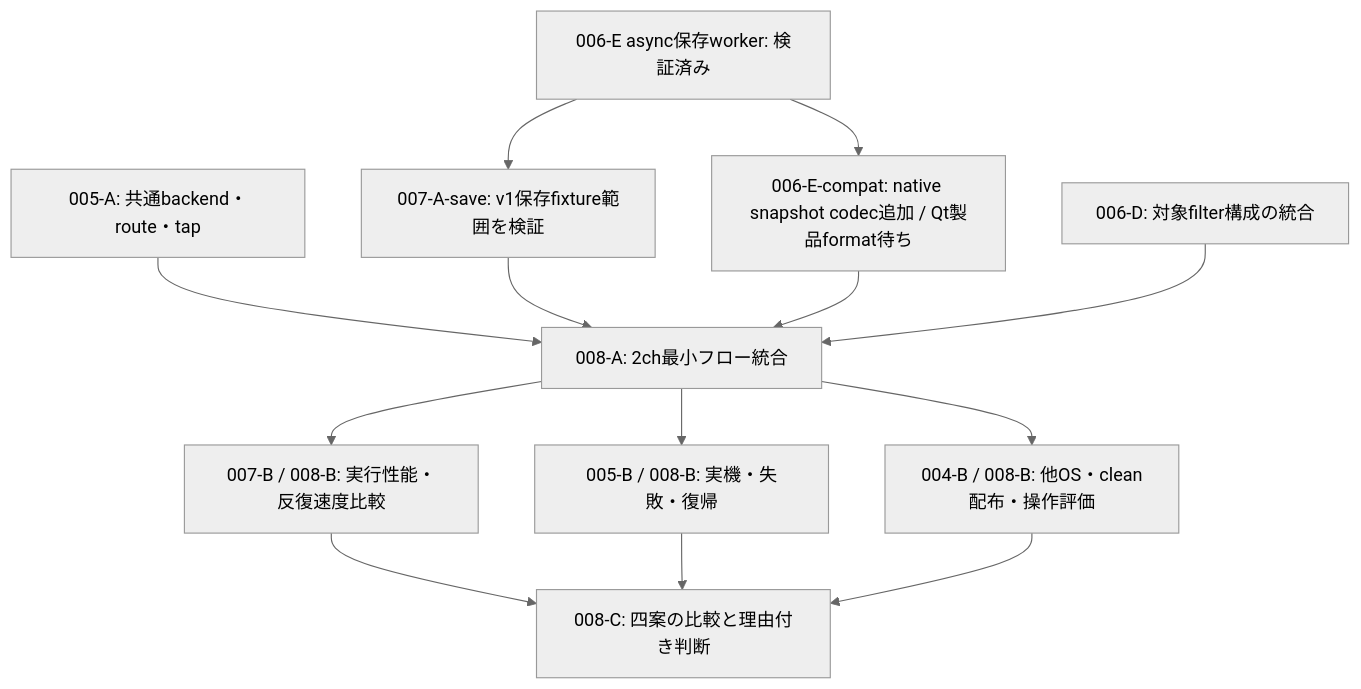
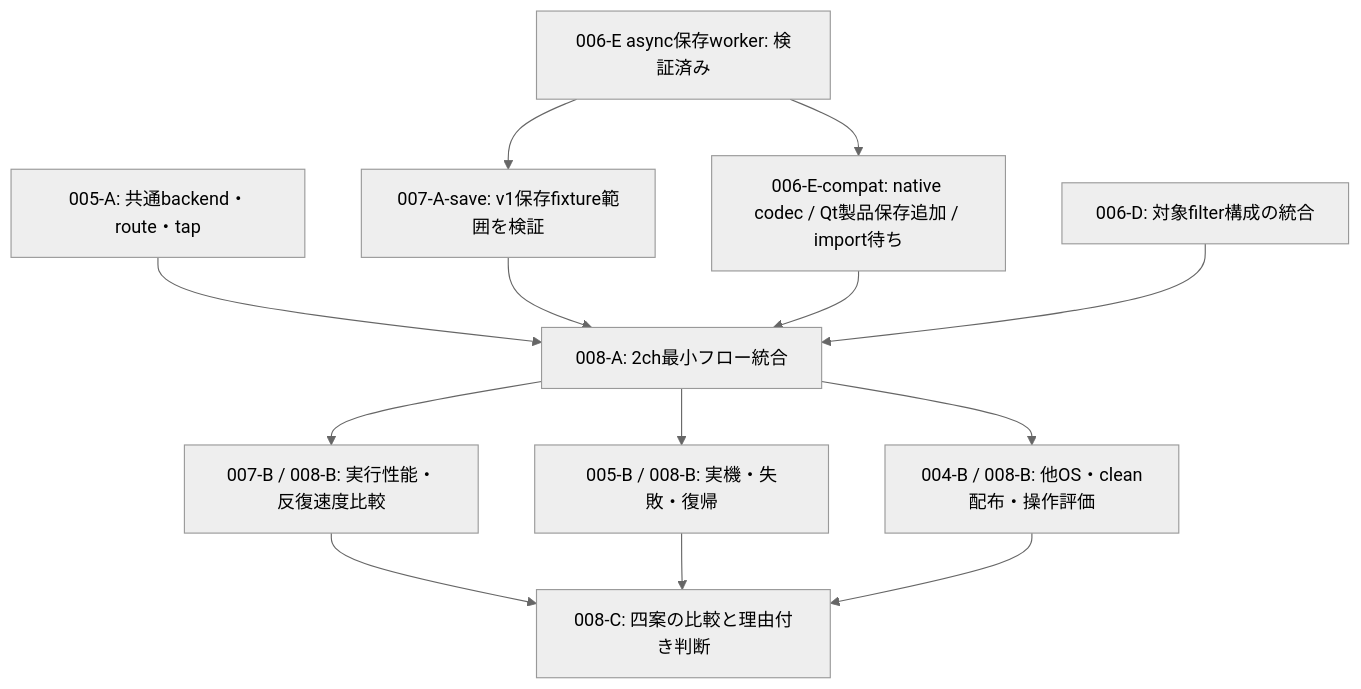
The diagram in migration/remaining-to-mig008.md (youtube-at-vach/MeasureLab), drawn with Mermaid (neutral theme) before and after one commit. The commit also changed other lines of this file and 24 other files, not shown here.

````diff
--- a/migration/remaining-to-mig008.md
+++ b/migration/remaining-to-mig008.md
@@ -19,15 +19,15 @@
 ```mermaid
 flowchart TD
     S[006-E async保存worker: 検証済み] --> U[007-A-save: v1保存fixture範囲を検証]
-    S --> C[006-E-compat: native snapshot codec追加 / Qt製品format待ち]
+    S --> C[006-E-compat: native codec / Qt製品保存追加 / import待ち]
     A[005-A: 共通backend・route・tap] --> I[008-A: 2ch最小フロー統合]
     U --> I
     C --> I
     F[006-D: 対象filter構成の統合] --> I
     I --> B[007-B / 008-B: 実行性能・反復速度比較]
     I --> H[005-B / 008-B: 実機・失敗・復帰]
     I --> P[004-B / 008-B: 他OS・clean配布・操作評価]
     B --> D[008-C: 四案の比較と理由付き判断]
     H --> D
     P --> D
 ```
````
